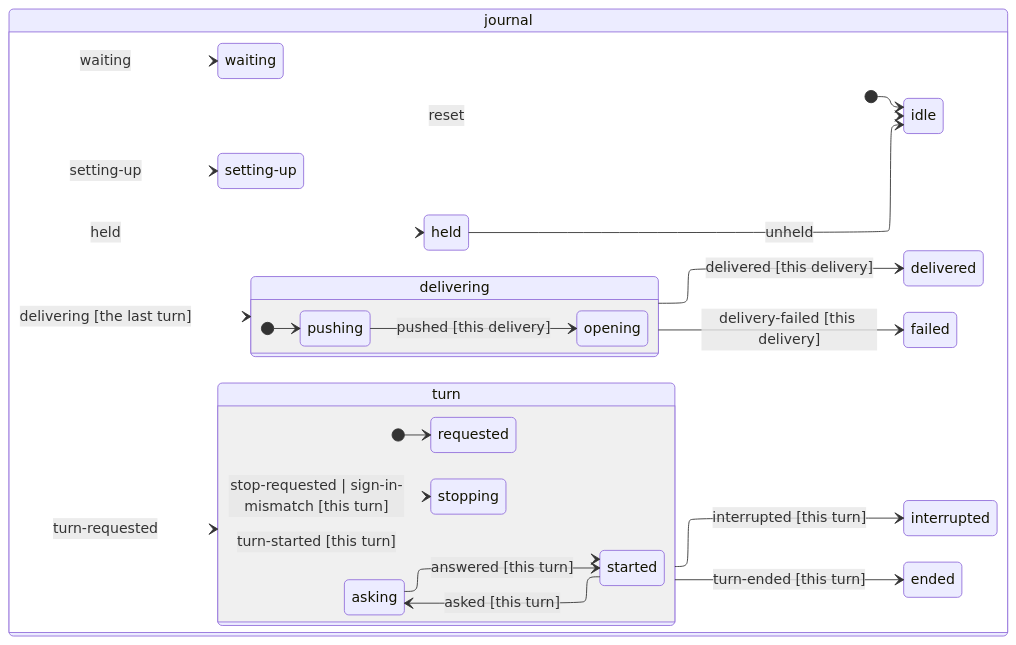
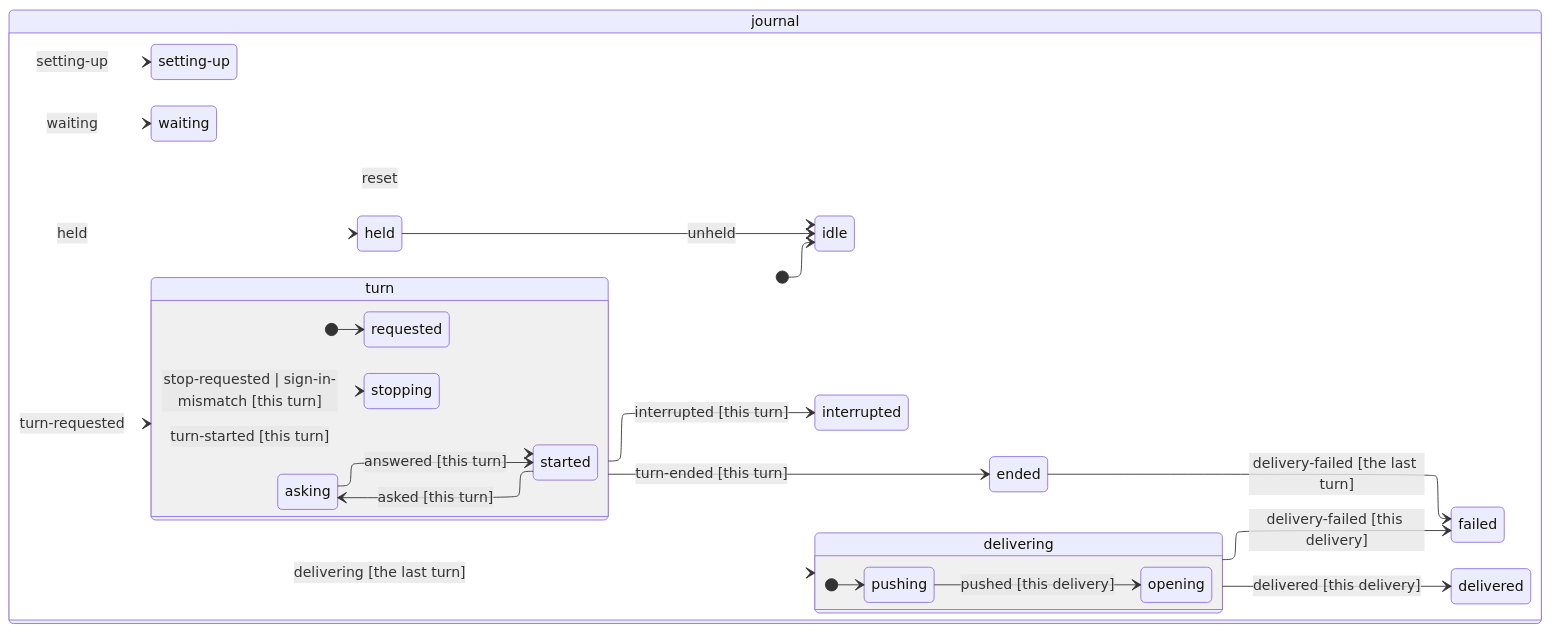
Before and after one commit to jonhilt/focus-hq: the first of 2 diagrams in docs/agents.md, drawn with Mermaid. The commit also changed other lines of this file and 7 other files, not shown here.

````diff
--- a/docs/agents.md
+++ b/docs/agents.md
@@ -27,48 +27,49 @@
 ```mermaid
 ---
 config:
   layout: elk
 ---
 stateDiagram-v2
   direction LR
   state "journal" as journal {
     [*] --> journal_idle
     state "idle" as journal_idle
     state "waiting" as journal_waiting
     state "setting-up" as journal_setting_up
     state "turn" as journal_turn {
       [*] --> journal_turn_requested
       state "requested" as journal_turn_requested
       state "started" as journal_turn_started
       state "asking" as journal_turn_asking
       state "stopping" as journal_turn_stopping
     }
     state "ended" as journal_ended
     state "interrupted" as journal_interrupted
     state "delivering" as journal_delivering {
       [*] --> journal_delivering_pushing
       state "pushing" as journal_delivering_pushing
       state "opening" as journal_delivering_opening
     }
     state "delivered" as journal_delivered
     state "failed" as journal_failed
     state "held" as journal_held
   }
   journal_turn_started --> journal_turn_asking : asked [this turn]
   journal_turn_asking --> journal_turn_started : answered [this turn]
   journal_turn --> journal_turn_started : turn-started [this turn]
   journal_turn --> journal_turn_stopping : stop-requested | sign-in-mismatch [this turn]
   journal_turn --> journal_ended : turn-ended [this turn]
   journal_turn --> journal_interrupted : interrupted [this turn]
+  journal_ended --> journal_failed : delivery-failed [the last turn]
   journal_delivering_pushing --> journal_delivering_opening : pushed [this delivery]
   journal_delivering --> journal_delivered : delivered [this delivery]
   journal_delivering --> journal_failed : delivery-failed [this delivery]
   journal_held --> journal_idle : unheld
   journal --> journal_idle : reset
   journal --> journal_held : held
   journal --> journal_delivering : delivering [the last turn]
   journal --> journal_waiting : waiting
   journal --> journal_setting_up : setting-up
   journal --> journal_turn : turn-requested
   classDef final fill:#1d3320,stroke:#9fd39f,color:#e8e4d8
 ```
````
